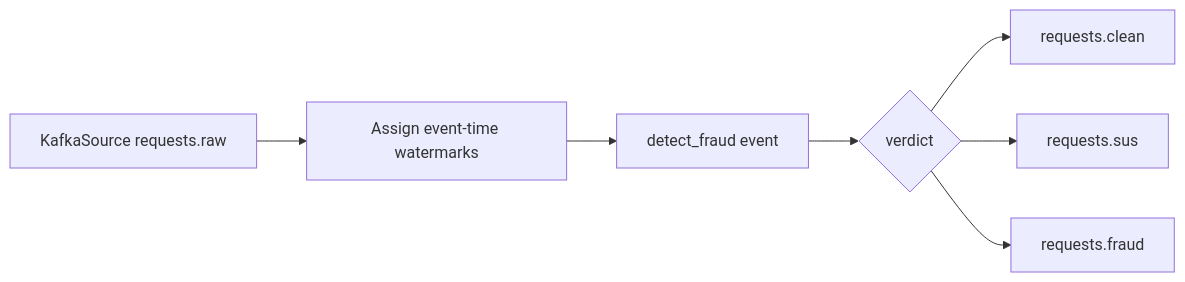
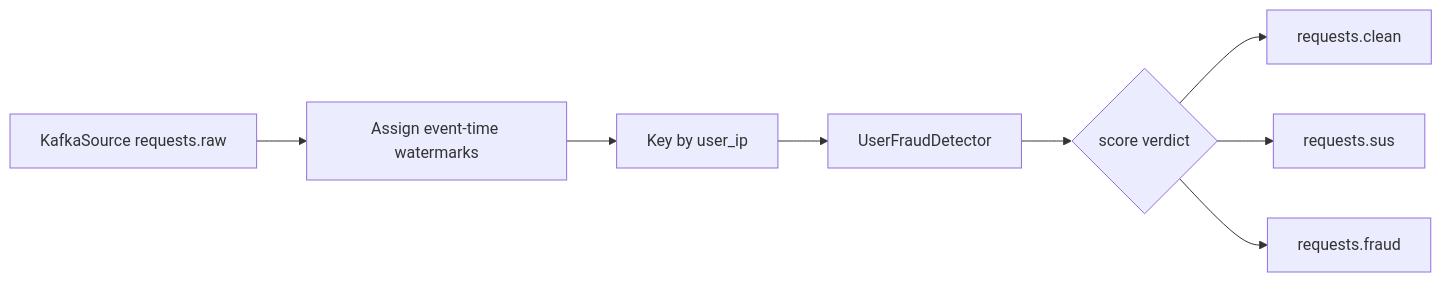
Before and after one commit to IamMistake/ai-ad-request-safety-pipeline: the diagram in docs/flink_processing.md, drawn with Mermaid. The commit also changed other lines of this file and 8 other files, not shown here.

````diff
--- a/docs/flink_processing.md
+++ b/docs/flink_processing.md
@@ -17,9 +28,10 @@
 ```mermaid
 flowchart LR
     A[KafkaSource requests.raw] --> B[Assign event-time watermarks]
-    B --> C[detect_fraud event]
-    C --> D{verdict}
-    D --> E[requests.clean]
-    D --> F[requests.sus]
-    D --> G[requests.fraud]
+    B --> C[Key by user_ip]
+    C --> D[UserFraudDetector]
+    D --> E{score verdict}
+    E --> F[requests.clean]
+    E --> G[requests.sus]
+    E --> H[requests.fraud]
 ```
````
